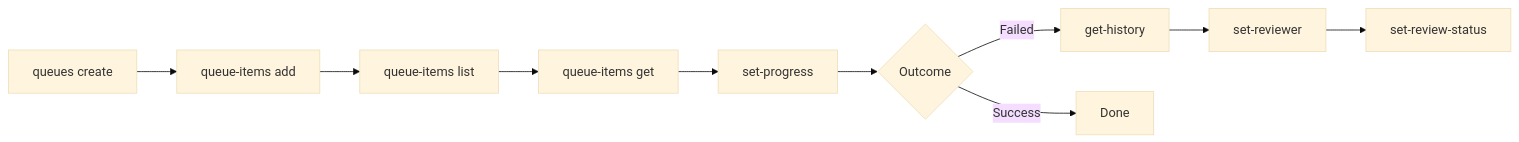
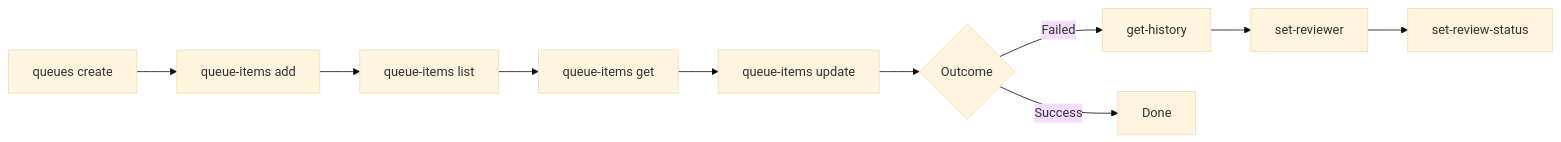
Before and after one commit to UiPath/skills: the diagram in skills/uipath-platform/references/orchestrator/process-queues.md, drawn with Mermaid (base theme). The commit also changed other lines of this file and 1 other file, not shown here.

First line of the commit message:
docs(orchestrator): sync queue-items docs with consolidated delete and progress rule

````diff
--- a/skills/uipath-platform/references/orchestrator/process-queues.md
+++ b/skills/uipath-platform/references/orchestrator/process-queues.md
@@ -19,12 +19,12 @@
 ```mermaid
 graph LR
     A[queues create] --> B[queue-items add]
     B --> C[queue-items list]
     C --> D[queue-items get]
-    D --> E[set-progress]
+    D --> E[queue-items update]
     E --> F{Outcome}
     F -->|Failed| G[get-history]
     G --> H[set-reviewer]
     H --> I[set-review-status]
     F -->|Success| J[Done]
 ```
````
